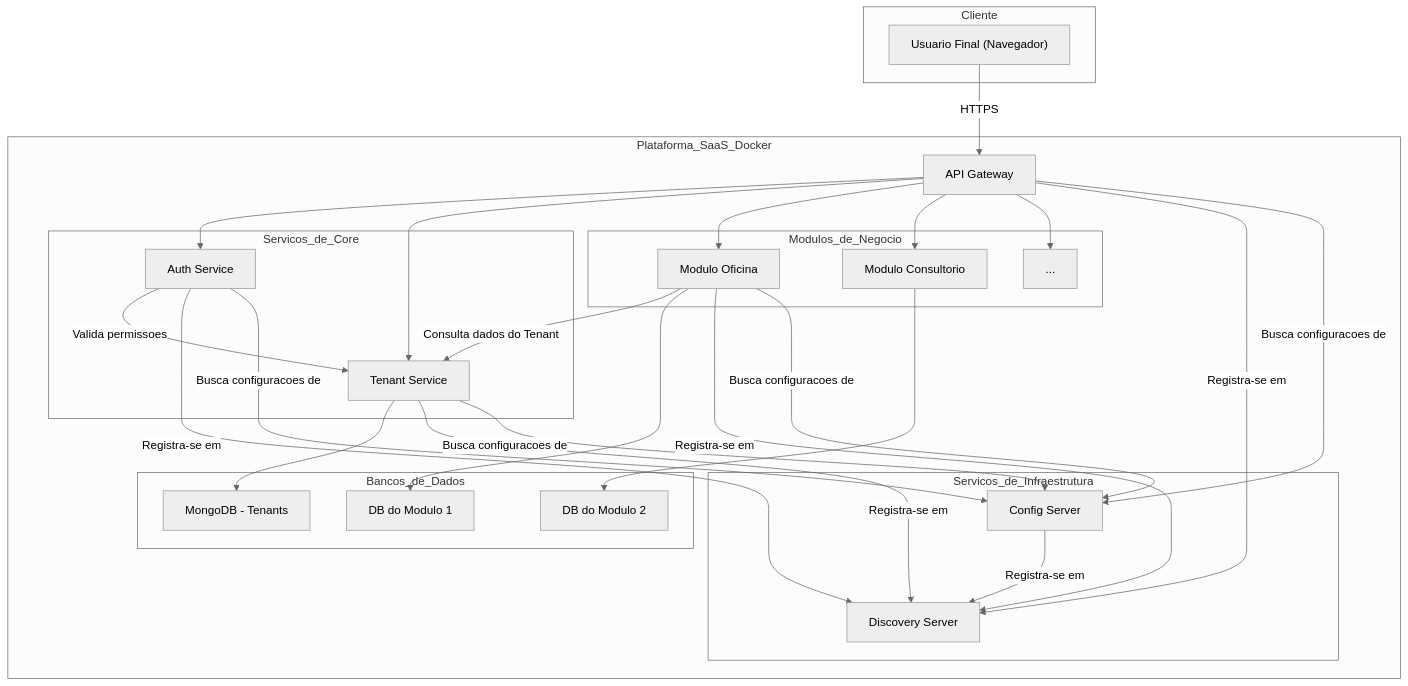
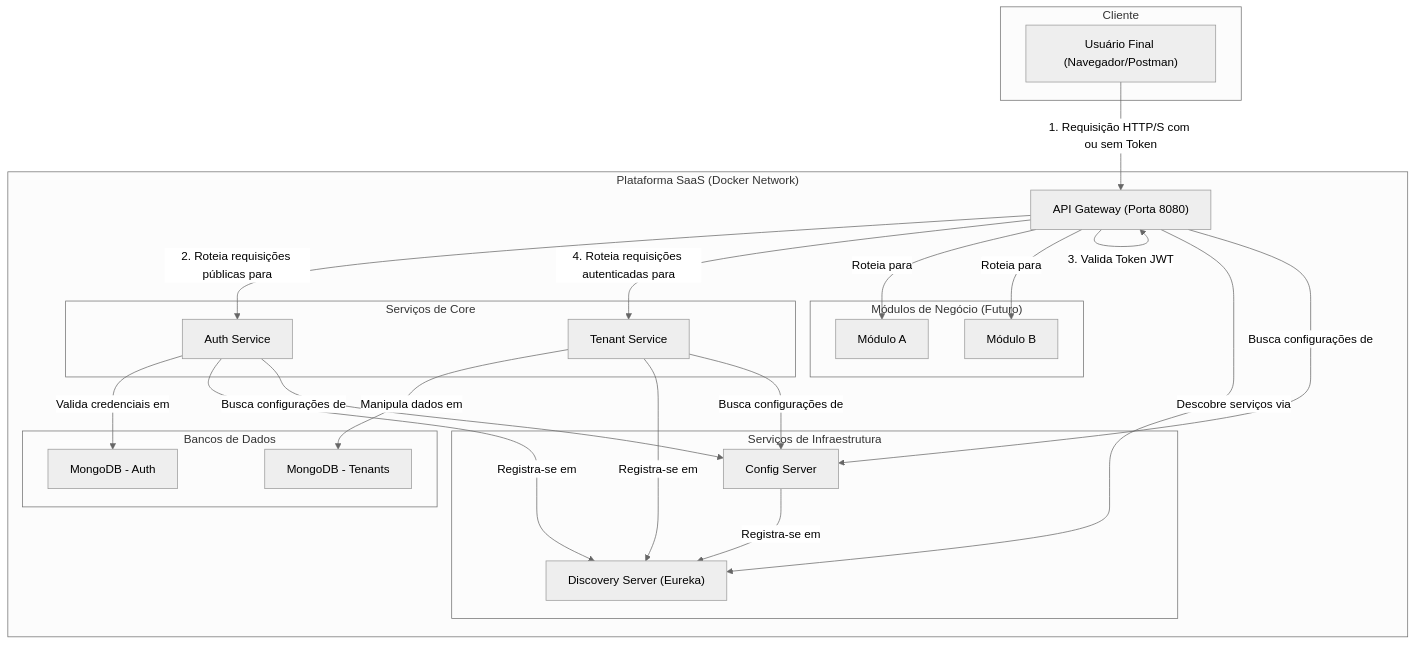
The diagram in README.md (Augusto-Lucas-Sistemas/plataforma), drawn with Mermaid (neutral theme) before and after one commit. The commit also changed other lines of this file and 47 other files, not shown here.

Commit message:
Implement authentication service with user registration, login, and JWT token generation

````diff
--- a/README.md
+++ b/README.md
@@ -25,59 +23,52 @@
 ```mermaid
 graph TD
     subgraph Cliente
-        U["Usuario Final (Navegador)"]
+        U["Usuário Final (Navegador/Postman)"]
     end
 
-    subgraph Plataforma_SaaS_Docker
-        G["API Gateway"]
+    subgraph "Plataforma SaaS (Docker Network)"
+        G["API Gateway (Porta 8080)"]
 
-        subgraph Servicos_de_Core
+        subgraph "Serviços de Core"
             AS["Auth Service"]
             TS["Tenant Service"]
         end
 
-        subgraph Modulos_de_Negocio
-            M1["Modulo Oficina"]
-            M2["Modulo Consultorio"]
-            M3["..."]
+        subgraph "Módulos de Negócio (Futuro)"
+            M1["Módulo A"]
+            M2["Módulo B"]
         end
 
-        subgraph Servicos_de_Infraestrutura
-            DS["Discovery Server"]
+        subgraph "Serviços de Infraestrutura"
+            DS["Discovery Server (Eureka)"]
             CS["Config Server"]
         end
 
-        subgraph Bancos_de_Dados
+        subgraph "Bancos de Dados"
+            DB_AS["MongoDB - Auth"]
             DB_TS["MongoDB - Tenants"]
-            DB_M1["DB do Modulo 1"]
-            DB_M2["DB do Modulo 2"]
         end
     end
 
-    %% Conexoes
-    U -- HTTPS --> G
+    %% Conexões
+    U -- "1. Requisição HTTP/S com ou sem Token" --> G
 
-    G --> AS
-    G --> TS
-    G --> M1
-    G --> M2
-    G --> M3
+    G -- "2. Roteia requisições públicas para" --> AS
+    G -- "4. Roteia requisições autenticadas para" --> TS
+    G -- "Roteia para" --> M1
+    G -- "Roteia para" --> M2
 
-    AS -- "Valida permissoes" --> TS
-    M1 -- "Consulta dados do Tenant" --> TS
+    AS -- "Valida credenciais em" --> DB_AS
+    TS -- "Manipula dados em" --> DB_TS
 
-    TS --> DB_TS
-    M1 --> DB_M1
-    M2 --> DB_M2
-
+    G -- "3. Valida Token JWT" --> G
+    
+    G -- "Descobre serviços via" --> DS
     AS -- "Registra-se em" --> DS
     TS -- "Registra-se em" --> DS
-    M1 -- "Registra-se em" --> DS
-    G -- "Registra-se em" --> DS
     CS -- "Registra-se em" --> DS
 
-    AS -- "Busca configuracoes de" --> CS
-    TS -- "Busca configuracoes de" --> CS
-    M1 -- "Busca configuracoes de" --> CS
-    G -- "Busca configuracoes de" --> CS
+    G -- "Busca configurações de" --> CS
+    AS -- "Busca configurações de" --> CS
+    TS -- "Busca configurações de" --> CS
 ```
````
